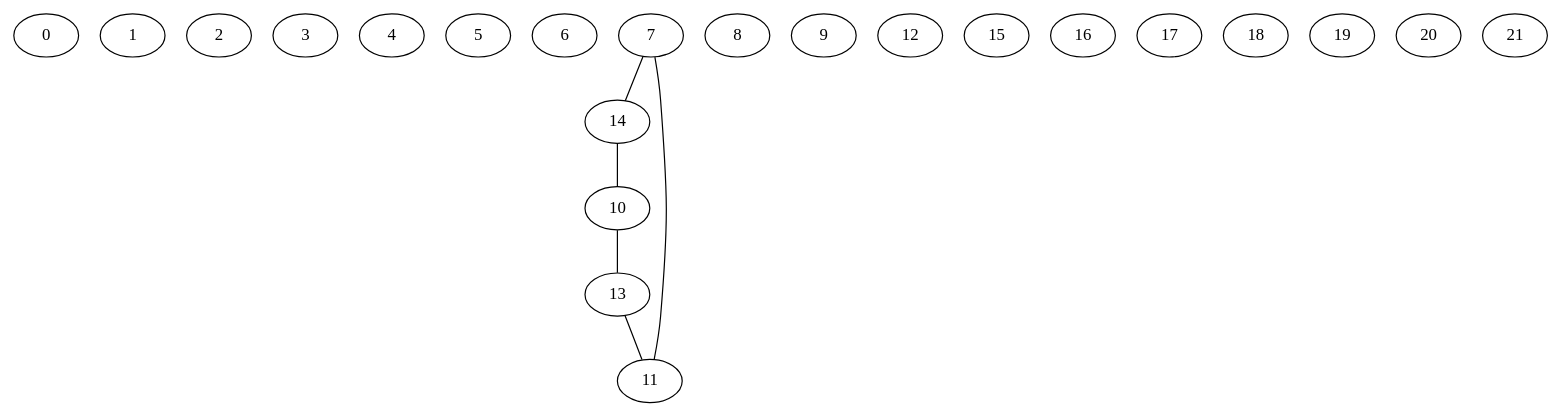
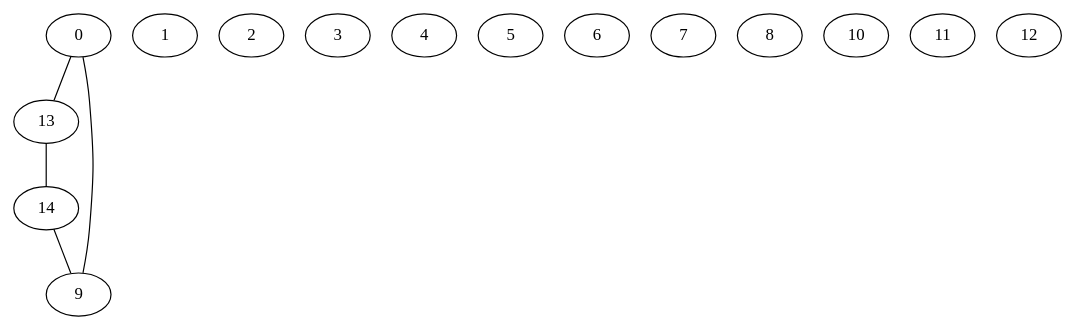
Before and after one commit to DayanMartinezArias/Universidad: the diagram in CyA/CyA12/out.dot, drawn with Graphviz. The commit also changed 76 other files, not shown here.

```diff
--- a/CyA/CyA12/out.dot
+++ b/CyA/CyA12/out.dot
@@ -1,29 +1,21 @@
 graph {
-    0 [pos="68,-21!"];
-    1 [pos="57,60!"];
-    2 [pos="82,-60!"];
-    3 [pos="-33,54!"];
-    4 [pos="-44,11!"];
-    5 [pos="-5,26!"];
-    6 [pos="-27,3!"];
-    7 [pos="90,83!"];
-    8 [pos="27,43!"];
-    9 [pos="-72,21!"];
-    10 [pos="-97,-51!"];
-    11 [pos="-73,61!"];
-    12 [pos="-69,-20!"];
-    13 [pos="-74,-78!"];
-    14 [pos="100,-66!"];
-    15 [pos="3,68!"];
-    16 [pos="23,-41!"];
-    17 [pos="28,5!"];
-    18 [pos="-1,9!"];
-    19 [pos="-41,54!"];
-    20 [pos="6,66!"];
-    21 [pos="1,2!"];
-    10 -- 13;
-    13 -- 11;
-    11 -- 7;
-    7 -- 14;
-    14 -- 10;
+    0 [pos="1,1!"];
+    1 [pos="2,2!"];
+    2 [pos="3,3!"];
+    3 [pos="4,4!"];
+    4 [pos="5,5!"];
+    5 [pos="6,6!"];
+    6 [pos="7,7!"];
+    7 [pos="8,8!"];
+    8 [pos="9,9!"];
+    9 [pos="10,10!"];
+    10 [pos="3,4!"];
+    11 [pos="5,6!"];
+    12 [pos="5.5,6.1!"];
+    13 [pos="1.2,0.01!"];
+    14 [pos="3,10.01!"];
+    0 -- 13;
+    13 -- 14;
+    14 -- 9;
+    9 -- 0;
   }
```
